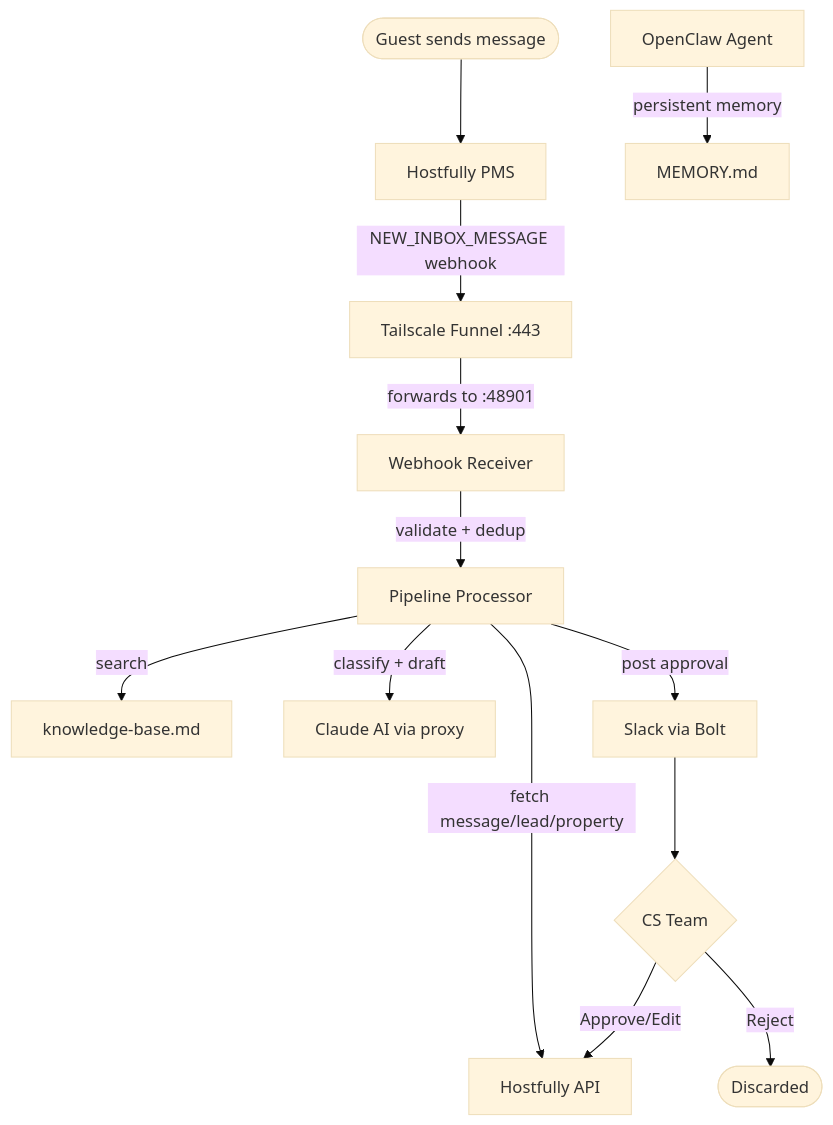
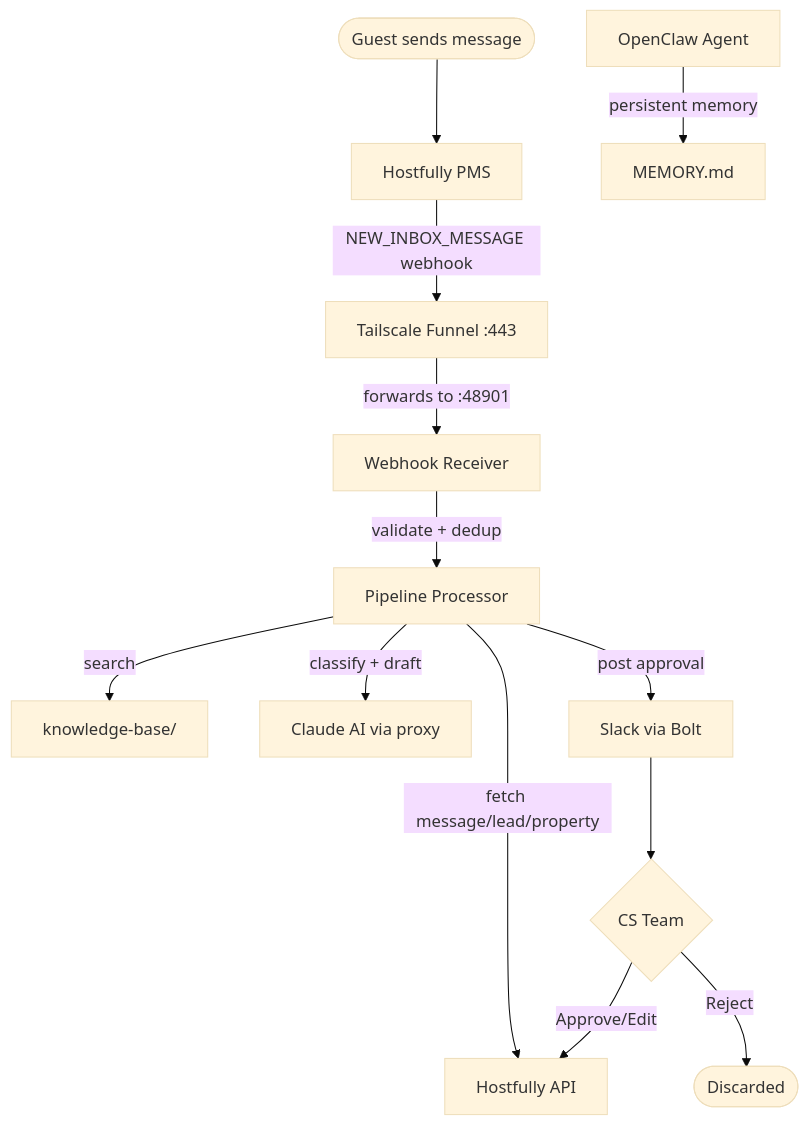
The diagram in README.md (viiqswim/vlre-ai-employee), drawn with Mermaid (base theme) before and after one commit. The commit also changed other lines of this file and 1 other file, not shown here.

Commit message:
docs: update README and AGENTS.md for multi-property knowledge base

````diff
--- a/README.md
+++ b/README.md
@@ -11,15 +11,15 @@
 ```mermaid
 flowchart TD
     A([Guest sends message]) --> B[Hostfully PMS]
     B -->|NEW_INBOX_MESSAGE webhook| TF[Tailscale Funnel :443]
     TF -->|forwards to :48901| WR[Webhook Receiver]
     WR -->|validate + dedup| PP[Pipeline Processor]
     PP -->|fetch message/lead/property| HF[Hostfully API]
-    PP -->|search| KB[knowledge-base.md]
+    PP -->|search| KB[knowledge-base/]
     PP -->|classify + draft| CL[Claude AI via proxy]
     PP -->|post approval| SL[Slack via Bolt]
     SL --> CS{CS Team}
     CS -->|Approve/Edit| HF
     CS -->|Reject| DONE([Discarded])
     OC[OpenClaw Agent] -->|persistent memory| MEM[MEMORY.md]
 ```
````
